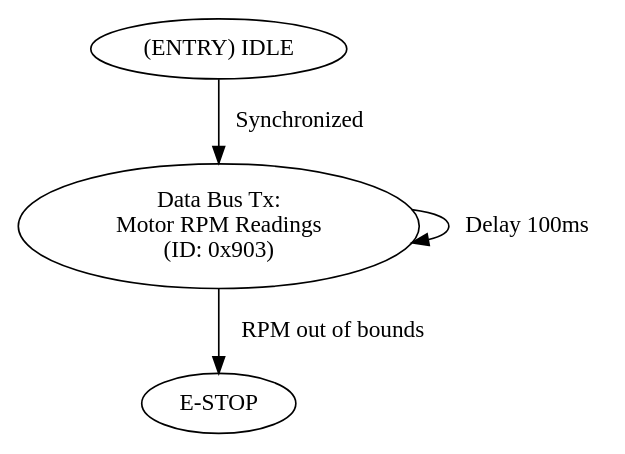
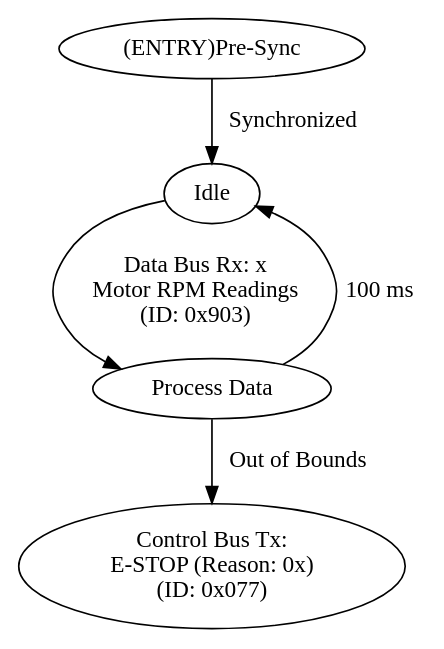
Before and after one commit to umdloop/state-machines: the diagram in high-voltage/rpm.dot, drawn with Graphviz. The commit also changed 3 other files, not shown here.

```diff
--- a/high-voltage/rpm.dot
+++ b/high-voltage/rpm.dot
@@ -1,9 +1,13 @@
 digraph {
-	S00 [label="(ENTRY) IDLE"];
-    S01 [label="Data Bus Tx:\nMotor RPM Readings\n(ID: 0x903)"];
-    S02 [label="E-STOP"];
 
-	S00 -> S01 [label="Synchronized"];
-    S01 -> S01 [label="Delay 100ms"];
-    S01 -> S02 [label="RPM out of bounds"];
+S41		[label="(ENTRY)Pre-Sync"];
+S42		[label="Idle"];
+S43		[label="Process Data"];
+S44		[label="Control Bus Tx:\nE-STOP (Reason: 0x)\n(ID: 0x077)"];
+
+S41 -> S42     [label="Synchronized"];
+S42 -> S43     [label="Data Bus Rx: x\nMotor RPM Readings\n(ID: 0x903)\n"];
+S43 -> S44     [label="Out of Bounds"];
+
+S43 -> S42     [label="100 ms"];
 }
```
